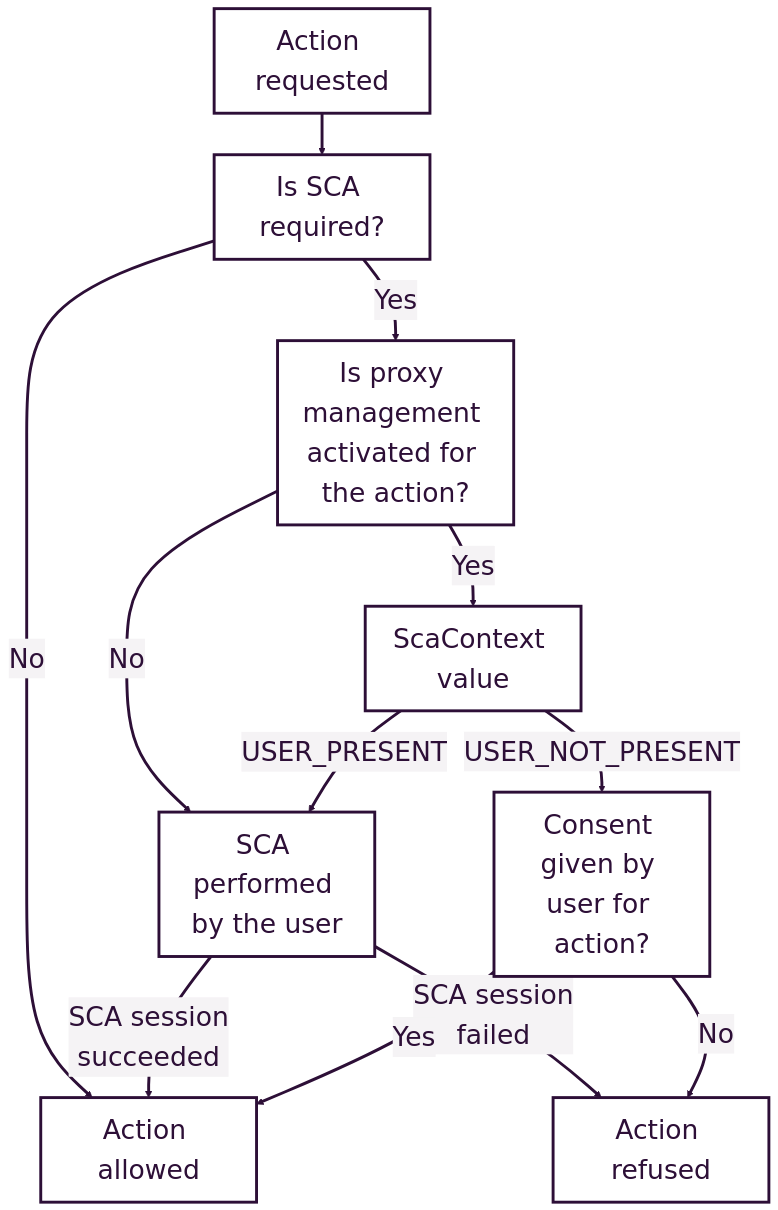
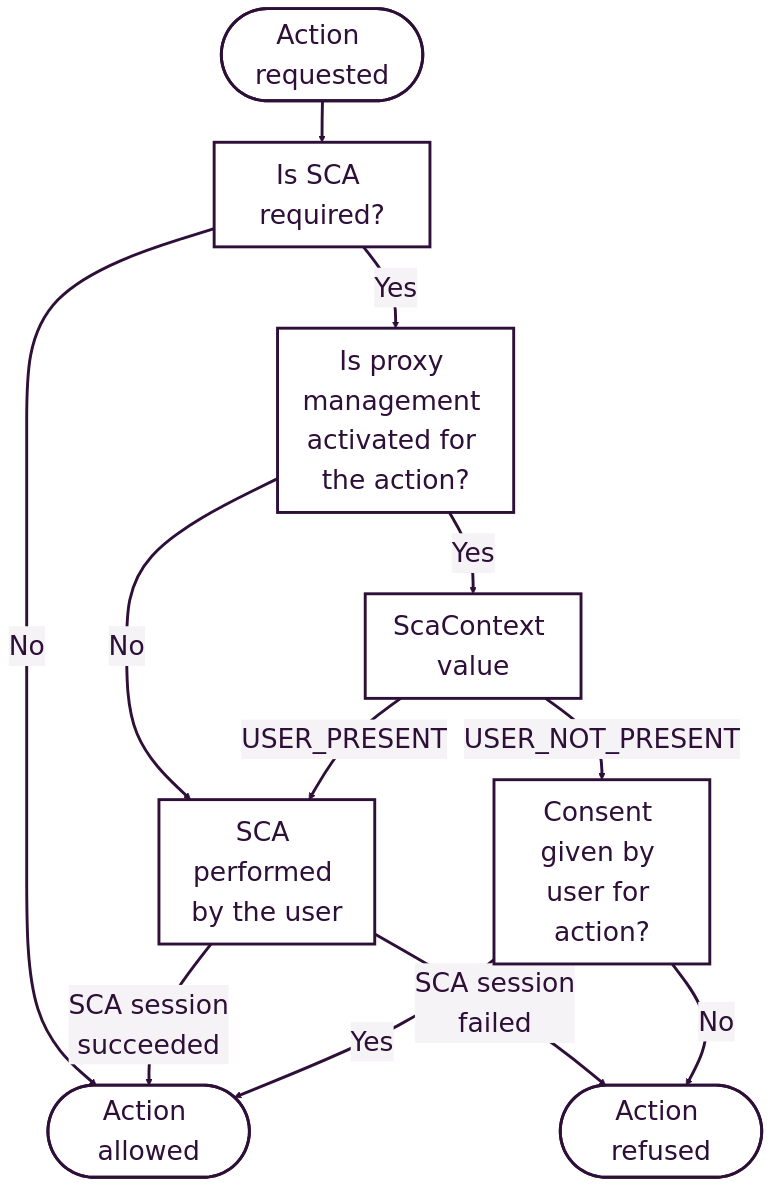
One commit to Mangopay/docs changed the first of 2 diagrams in guides/sca/proxy-management.mdx. Above: the diagram before and after it, drawn with Mermaid. The commit also changed other lines of this file, not shown here.

Commit message:
round start end box

````diff
--- a/guides/sca/proxy-management.mdx
+++ b/guides/sca/proxy-management.mdx
@@ -325,46 +325,46 @@
 ```mermaid
 %%{
   init: {
     'theme': 'base',
     'themeVariables': {
       'primaryColor': '#FFFFFF',
       'primaryTextColor': '#2D0F37',
       'primaryBorderColor': '#2D0F37',
       'lineColor': '#2D0F37',
       'secondaryColor': '#F5F3F5',
       'tertiaryColor': '#FFFFFF',
       'fontSize': '32px',
       'fontFamily': 'Inter'
     }
   }
 }%%
 flowchart TD
-    A[Action requested]
+    A([Action requested])
     B[Is SCA required?]
     C[Is proxy management activated for the action?]
     D[ScaContext value]
     E[Consent given by user for action?]
     F[SCA performed by the user]
-    G[Action refused]
-    I[Action allowed]
+    G([Action refused])
+    I([Action allowed])
 
     A ==> B
     B == Yes ==> C
     B == No ==> I
     C == Yes ==> D
     C == No ==> F
     D == USER_NOT_PRESENT ==> E
     D == USER_PRESENT ==> F
     F == SCA session <br/>succeeded ==> I
     F == SCA session <br/>failed ==> G
     E == Yes ==> I
     E == No ==> G
     style A stroke-width:3.5px
     style B stroke-width:3.5px
     style C stroke-width:3.5px
     style D stroke-width:3.5px
     style E stroke-width:3.5px
     style F stroke-width:3.5px
     style G stroke-width:3.5px
     style I stroke-width:3.5px
 ```
````
